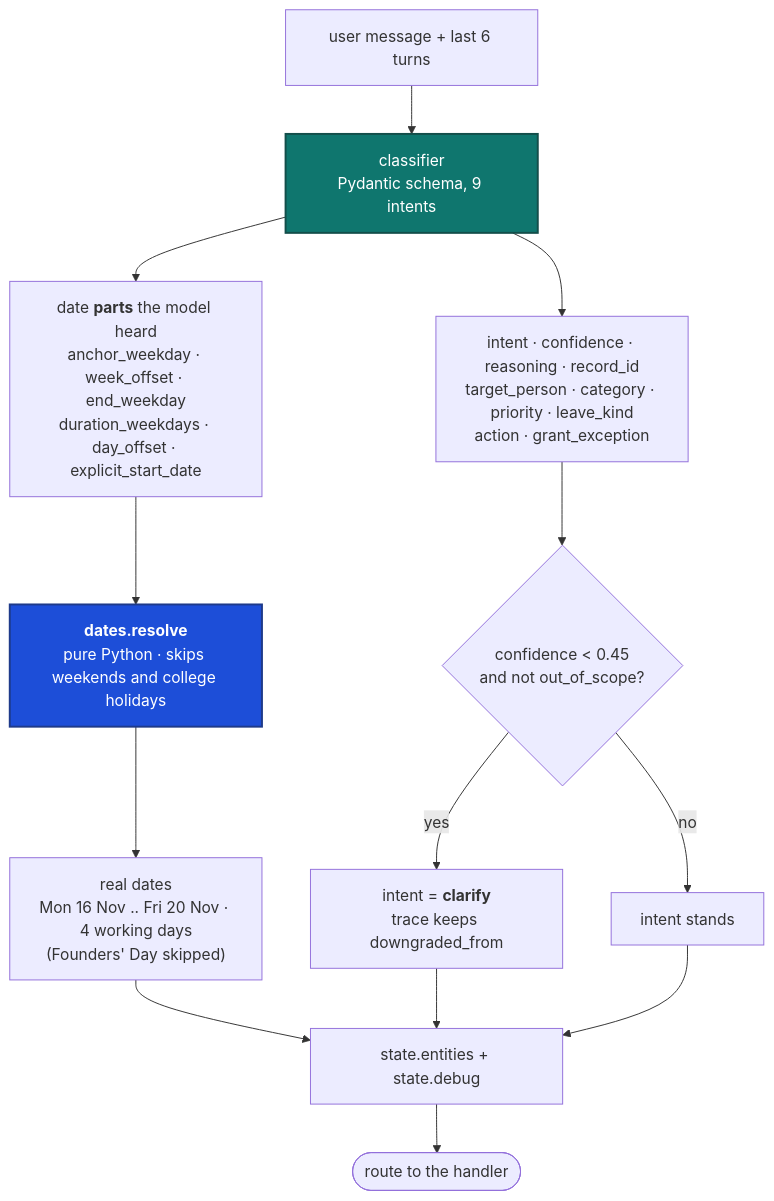
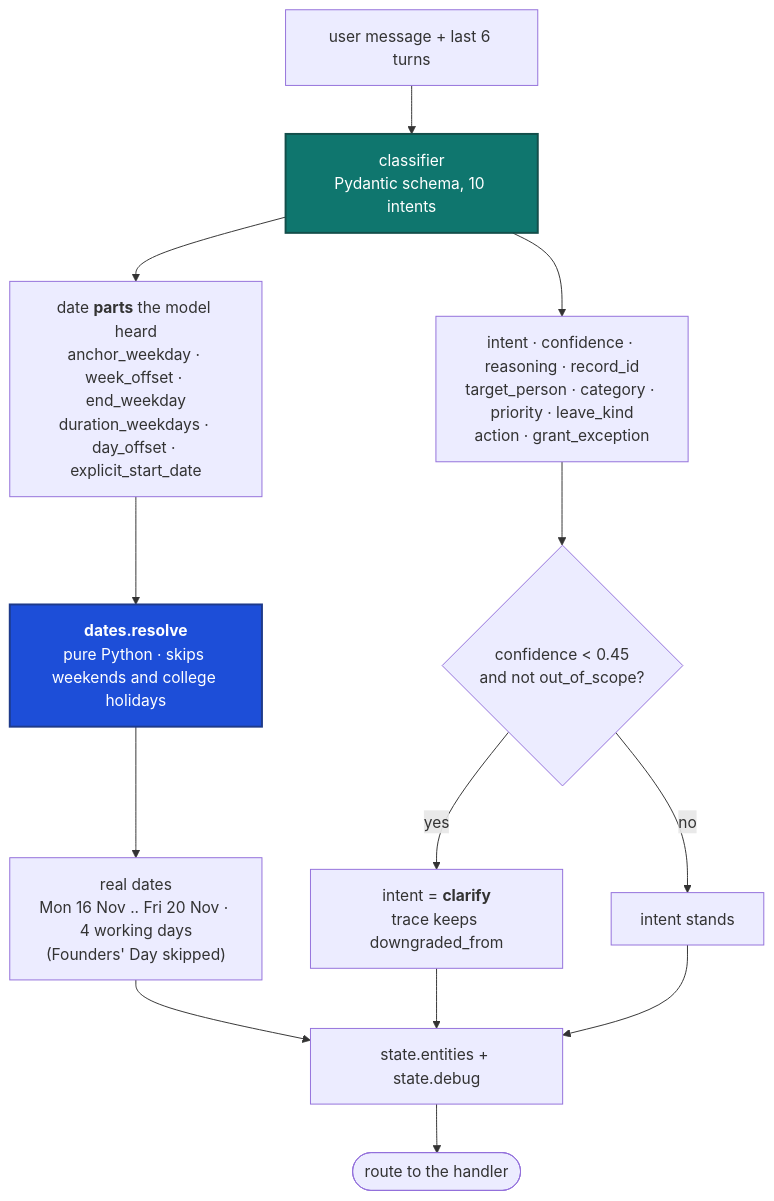
The second of 2 diagrams in docs/diagrams/langgraph_flow.md (elightknight23/compass), drawn with Mermaid before and after one commit. The commit also changed other lines of this file and 10 other files, not shown here.

````diff
--- a/docs/diagrams/langgraph_flow.md
+++ b/docs/diagrams/langgraph_flow.md
@@ -108,24 +114,24 @@
 ```mermaid
 flowchart TD
-    MSG["user message + last 6 turns"] --> LLM["classifier<br/>Pydantic schema, 9 intents"]
+    MSG["user message + last 6 turns"] --> LLM["classifier<br/>Pydantic schema, 10 intents"]
 
     LLM --> PARTS["date <b>parts</b> the model heard<br/>anchor_weekday · week_offset · end_weekday<br/>duration_weekdays · day_offset · explicit_start_date"]
     LLM --> META["intent · confidence · reasoning · record_id<br/>target_person · category · priority · leave_kind<br/>action · grant_exception"]
 
     PARTS --> PY["<b>dates.resolve</b><br/>pure Python · skips weekends and college holidays"]
     PY --> REAL["real dates<br/>Mon 16 Nov .. Fri 20 Nov · 4 working days<br/>(Founders' Day skipped)"]
 
     META --> FLOOR{"confidence &lt; 0.45<br/>and not out_of_scope?"}
     FLOOR -->|yes| DOWN["intent = <b>clarify</b><br/>trace keeps downgraded_from"]
     FLOOR -->|no| KEEP["intent stands"]
 
     REAL --> OUT["state.entities + state.debug"]
     DOWN --> OUT
     KEEP --> OUT
     OUT --> ROUTE(["route to the handler"])
 
     classDef llm fill:#0f766e,stroke:#134e4a,stroke-width:2px,color:#fff
     classDef py fill:#1d4ed8,stroke:#1e3a8a,stroke-width:2px,color:#fff
     class LLM llm
     class PY py
 ```
````
